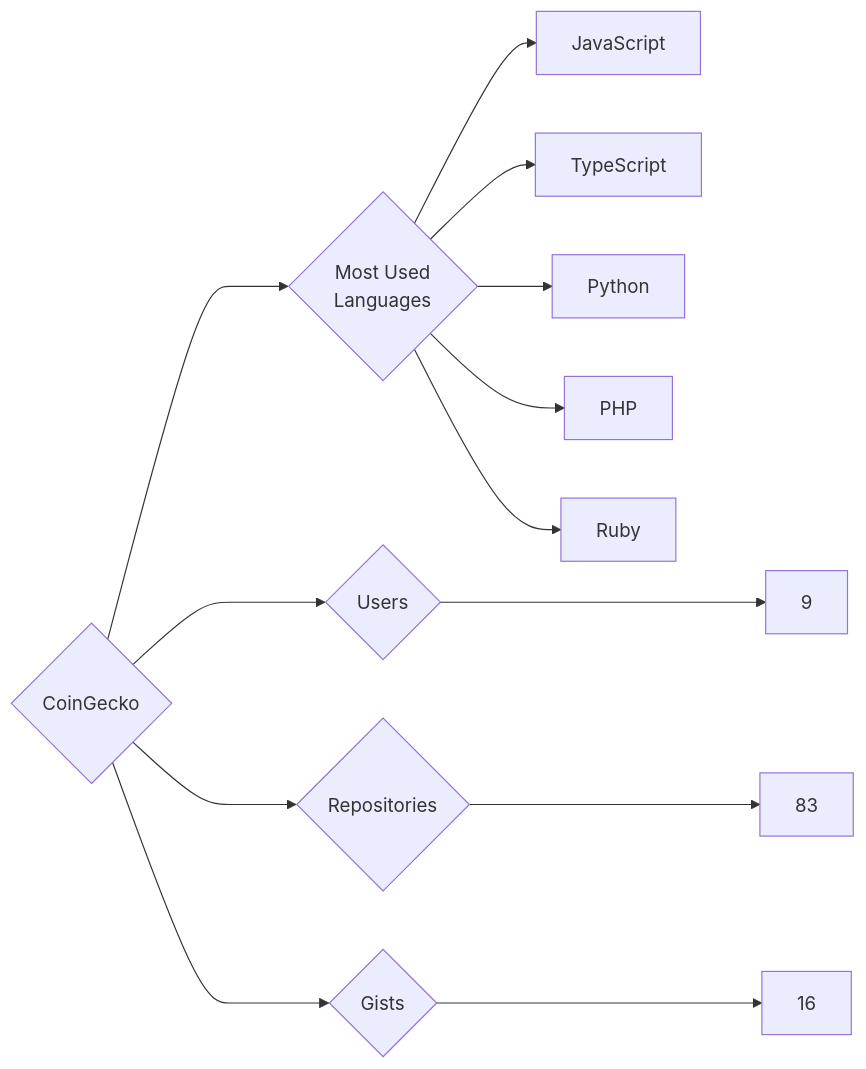
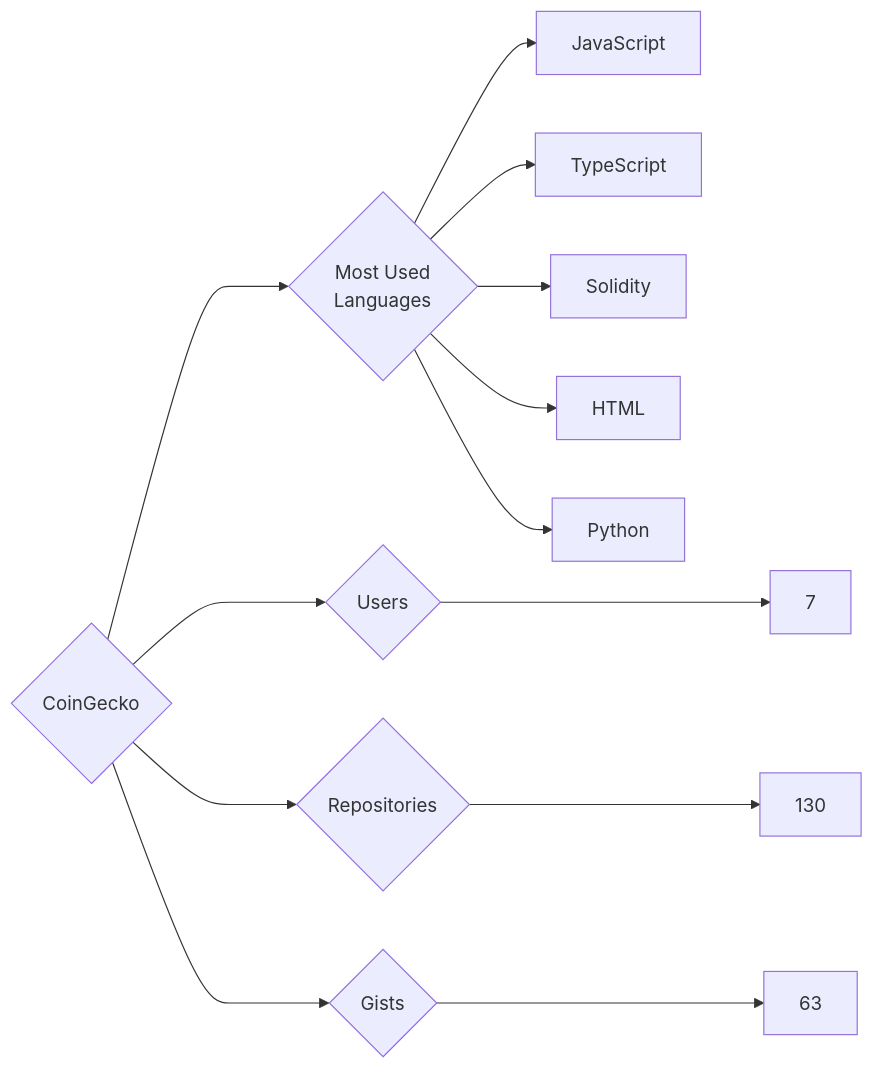
One commit to trickest/insiders changed the diagram in targets/CoinGecko/README.md. Above: the diagram before and after it, drawn with Mermaid. The commit also changed 938 other files, not shown here.

````diff
--- a/targets/CoinGecko/README.md
+++ b/targets/CoinGecko/README.md
@@ -3,13 +3,13 @@
 ```mermaid
 graph LR
 COMPANY_NAME{CoinGecko}
-COMPANY_NAME ---> U{Users} ---> UN[9]
-COMPANY_NAME ---> R{Repositories} ---> RN[83]
-COMPANY_NAME ---> G{Gists} ---> GN[16]
+COMPANY_NAME ---> U{Users} ---> UN[7]
+COMPANY_NAME ---> R{Repositories} ---> RN[130]
+COMPANY_NAME ---> G{Gists} ---> GN[63]
 COMPANY_NAME ---> ML{Most Used<br>Languages}
 ML --> JavaScript[JavaScript]
 ML --> TypeScript[TypeScript]
+ML --> Solidity[Solidity]
+ML --> HTML[HTML]
 ML --> Python[Python]
-ML --> PHP[PHP]
-ML --> Ruby[Ruby]
 ```
````
